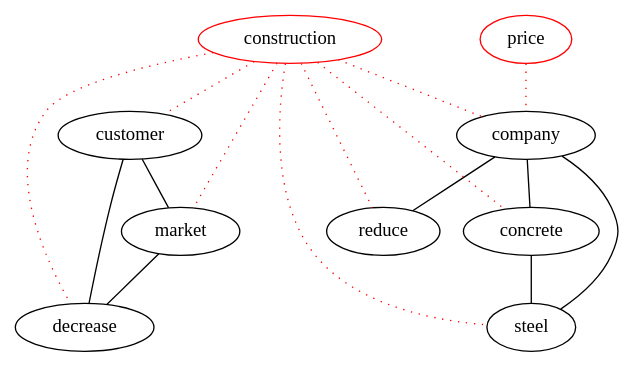
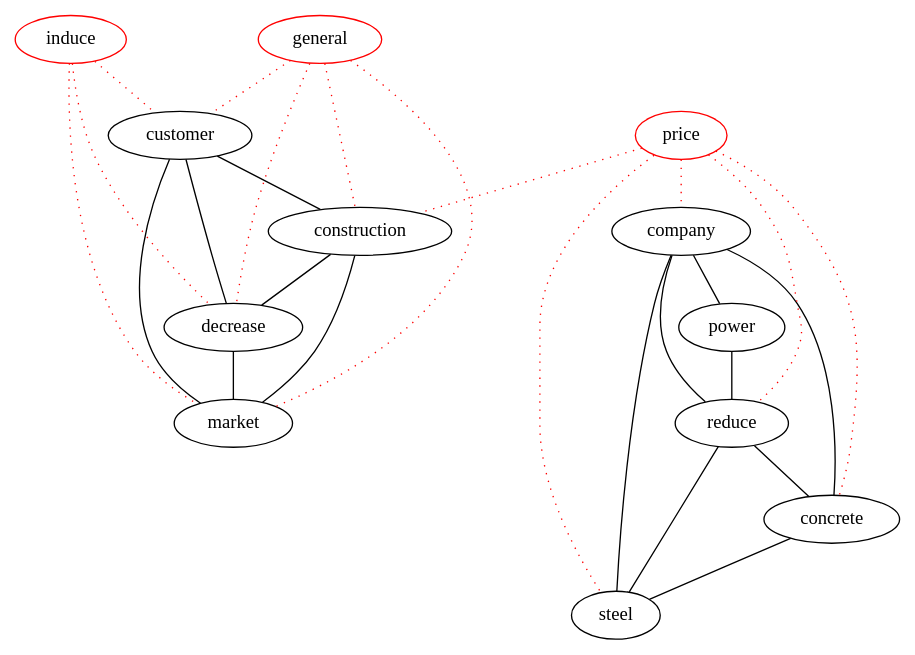
The diagram in dot/d2.dot (michaelweiss/keygraph), drawn with Graphviz before and after one commit. The commit also changed 5 other files, not shown here.

```diff
--- a/dot/d2.dot
+++ b/dot/d2.dot
@@ -1,27 +1,41 @@
 graph keygraph {
 graph [size="10,10"]
-steel [color="black"]
 decrease [color="black"]
 market [color="black"]
-customer [color="black"]
+steel [color="black"]
 reduce [color="black"]
 concrete [color="black"]
+power [color="black"]
+customer [color="black"]
+construction [color="black"]
 company [color="black"]
-construction [color="red"]
+induce [color="red"]
+general [color="red"]
 price [color="red"]
-customer--market
-customer--decrease
-market--decrease
+company--power
 company--concrete
 company--steel
 company--reduce
+power--reduce
+reduce--concrete
+reduce--steel
 concrete--steel
+customer--construction
+customer--market
+customer--decrease
+construction--market
+construction--decrease
+decrease--market
+induce--decrease [color="red", style="dotted"]
+induce--market [color="red", style="dotted"]
+induce--customer [color="red", style="dotted"]
+general--decrease [color="red", style="dotted"]
+general--market [color="red", style="dotted"]
+general--customer [color="red", style="dotted"]
+general--construction [color="red", style="dotted"]
+price--steel [color="red", style="dotted"]
+price--reduce [color="red", style="dotted"]
+price--concrete [color="red", style="dotted"]
+price--construction [color="red", style="dotted"]
 price--company [color="red", style="dotted"]
-construction--steel [color="red", style="dotted"]
-construction--decrease [color="red", style="dotted"]
-construction--market [color="red", style="dotted"]
-construction--customer [color="red", style="dotted"]
-construction--reduce [color="red", style="dotted"]
-construction--concrete [color="red", style="dotted"]
-construction--company [color="red", style="dotted"]
 }
```
